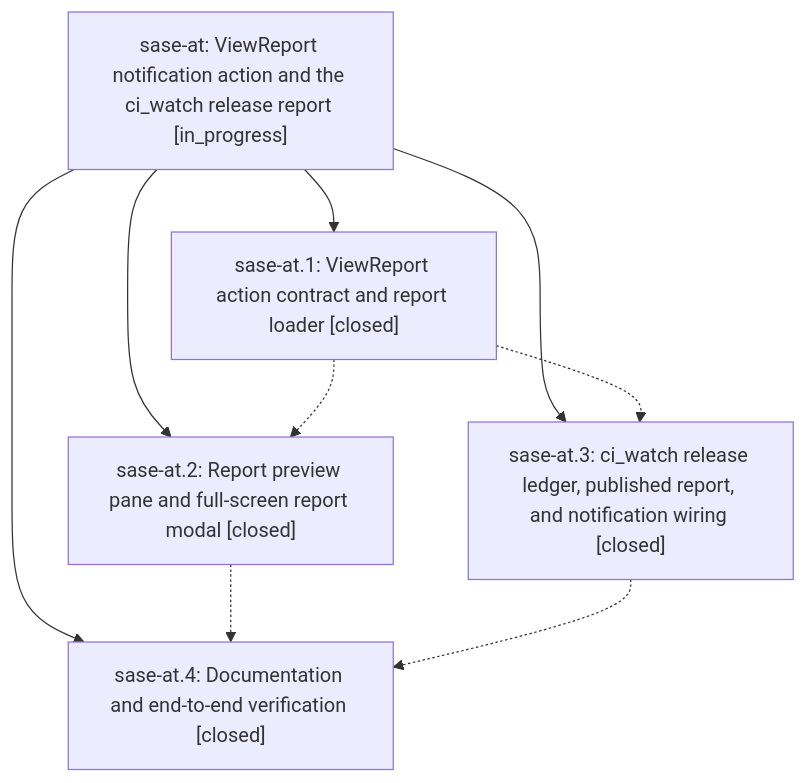
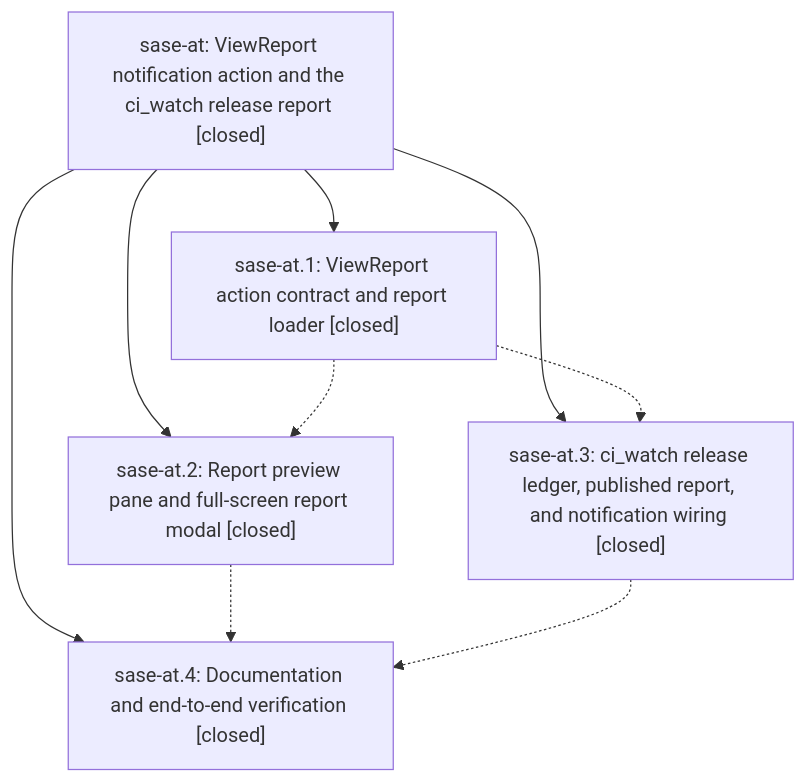
The diagram in pages/sase-at/README.md (sase-org/sase--beads), drawn with Mermaid before and after one commit. The commit also changed other lines of this file and 4 other files, not shown here.

````diff
--- a/pages/sase-at/README.md
+++ b/pages/sase-at/README.md
@@ -25,16 +33,16 @@
 ```mermaid
 flowchart TD
-    n0["sase-at: ViewReport notification action and the ci_watch release report [in_progress]"]
+    n0["sase-at: ViewReport notification action and the ci_watch release report [closed]"]
     n1["sase-at.1: ViewReport action contract and report loader [closed]"]
     n2["sase-at.2: Report preview pane and full-screen report modal [closed]"]
     n3["sase-at.3: ci_watch release ledger, published report, and notification wiring [closed]"]
     n4["sase-at.4: Documentation and end-to-end verification [closed]"]
     n0 --> n1
     n0 --> n2
     n0 --> n3
     n0 --> n4
     n1 -.-> n2
     n1 -.-> n3
     n2 -.-> n4
     n3 -.-> n4
 ```
````
